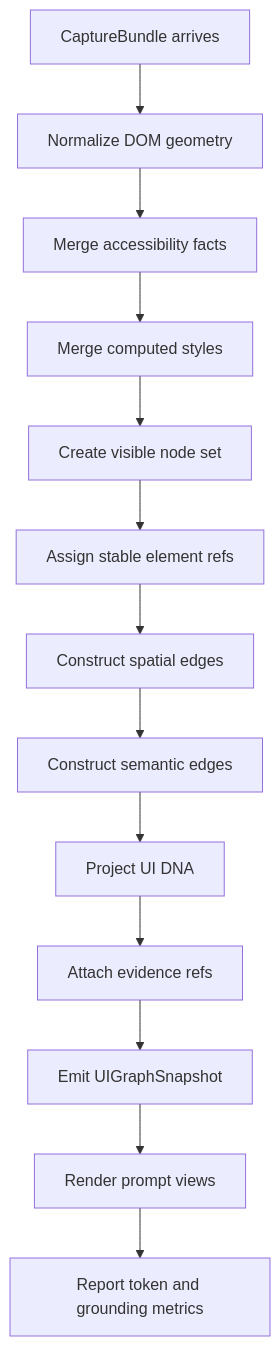
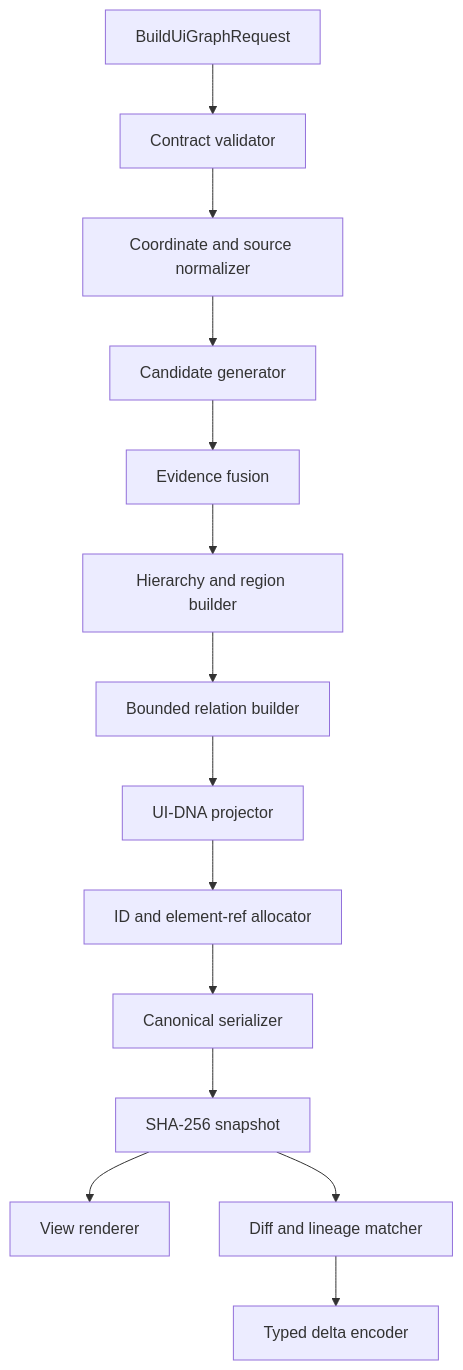
One commit to apatureai/lattice changed the second of 14 diagrams in ARCHITECTURE.md. Above: the diagram before and after it, drawn with Mermaid. The commit also changed other lines of this file and 11 other files, not shown here.

Commit message:
Strengthen UI Graph architecture specification (#1)

````diff
--- a/ARCHITECTURE.md
+++ b/ARCHITECTURE.md
@@ -71,15 +76,16 @@
 ```mermaid
 flowchart TD
-  A["CaptureBundle arrives"] --> B["Normalize DOM geometry"]
-  B --> C["Merge accessibility facts"]
-  C --> D["Merge computed styles"]
-  D --> E["Create visible node set"]
-  E --> F["Assign stable element refs"]
-  F --> G["Construct spatial edges"]
-  G --> H["Construct semantic edges"]
-  H --> I["Project UI DNA"]
-  I --> J["Attach evidence refs"]
-  J --> K["Emit UIGraphSnapshot"]
-  K --> L["Render prompt views"]
-  L --> M["Report token and grounding metrics"]
+  A["BuildUiGraphRequest"] --> B["Contract validator"]
+  B --> C["Coordinate and source normalizer"]
+  C --> D["Candidate generator"]
+  D --> E["Evidence fusion"]
+  E --> F["Hierarchy and region builder"]
+  F --> G["Bounded relation builder"]
+  G --> H["UI-DNA projector"]
+  H --> I["ID and element-ref allocator"]
+  I --> J["Canonical serializer"]
+  J --> K["SHA-256 snapshot"]
+  K --> L["View renderer"]
+  K --> M["Diff and lineage matcher"]
+  M --> N["Typed delta encoder"]
 ```
````
